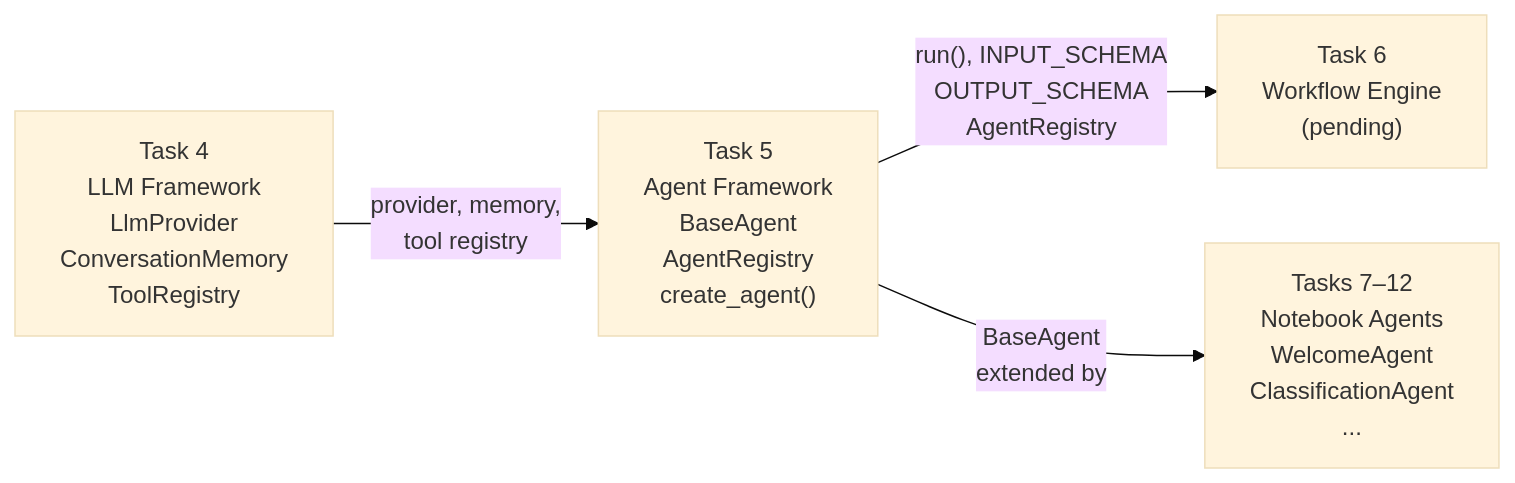
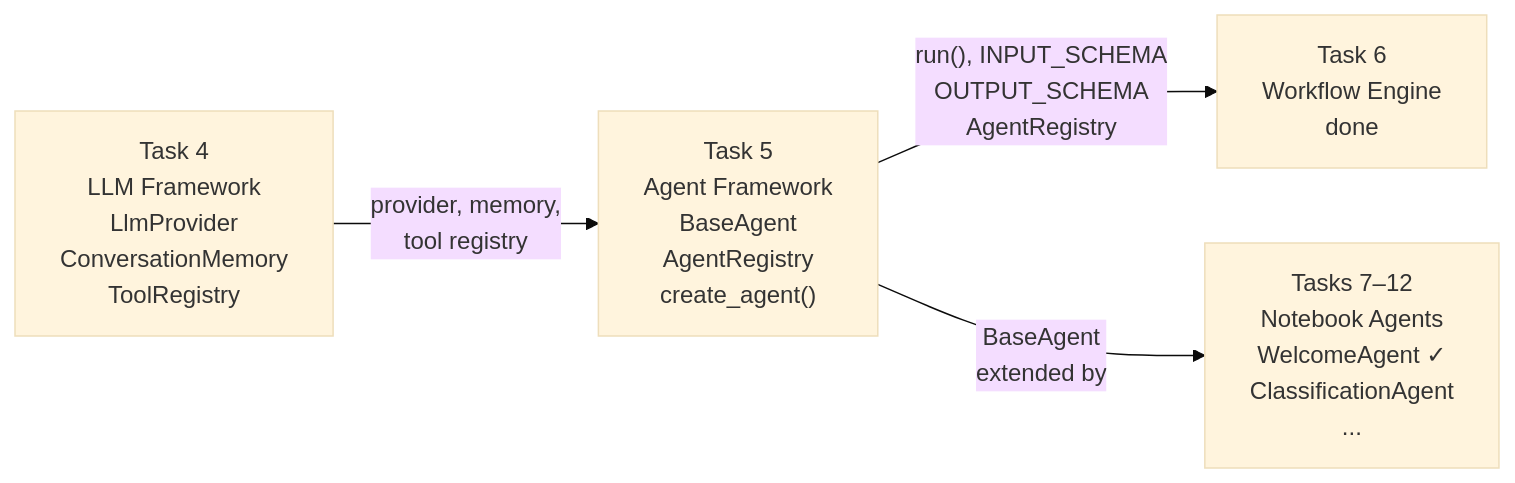
The first of 3 diagrams in docs/Architecture/architecture-agent-framework.md (Alanbahena/zenet-mvp-jupyter), drawn with Mermaid (base theme) before and after one commit. The commit also changed other lines of this file and 5 other files, not shown here.

````diff
--- a/docs/Architecture/architecture-agent-framework.md
+++ b/docs/Architecture/architecture-agent-framework.md
@@ -10,29 +10,11 @@
 ```mermaid
 flowchart LR
-    T4["Task 4
-LLM Framework
-LlmProvider
-ConversationMemory
-ToolRegistry"]
-    T5["Task 5
-Agent Framework
-BaseAgent
-AgentRegistry
-create_agent()"]
-    T6["Task 6
-Workflow Engine
-(pending)"]
-    T712["Tasks 7–12
-Notebook Agents
-WelcomeAgent
-ClassificationAgent
-..."]
+    T4["Task 4<br/>LLM Framework<br/>LlmProvider<br/>ConversationMemory<br/>ToolRegistry"]
+    T5["Task 5<br/>Agent Framework<br/>BaseAgent<br/>AgentRegistry<br/>create_agent()"]
+    T6["Task 6<br/>Workflow Engine<br/>done"]
+    T712["Tasks 7–12<br/>Notebook Agents<br/>WelcomeAgent ✓<br/>ClassificationAgent<br/>..."]
 
-    T4 -->|"provider, memory,
-tool registry"| T5
-    T5 -->|"run(), INPUT_SCHEMA
-OUTPUT_SCHEMA
-AgentRegistry"| T6
-    T5 -->|"BaseAgent
-extended by"| T712
+    T4 -->|"provider, memory,<br/>tool registry"| T5
+    T5 -->|"run(), INPUT_SCHEMA<br/>OUTPUT_SCHEMA<br/>AgentRegistry"| T6
+    T5 -->|"BaseAgent<br/>extended by"| T712
 ```
````
